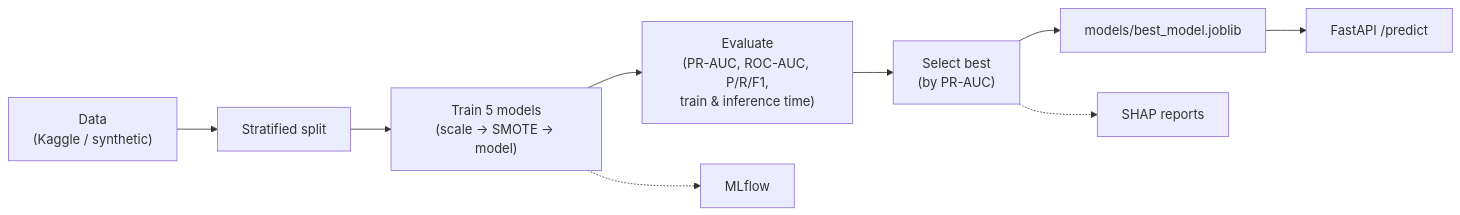
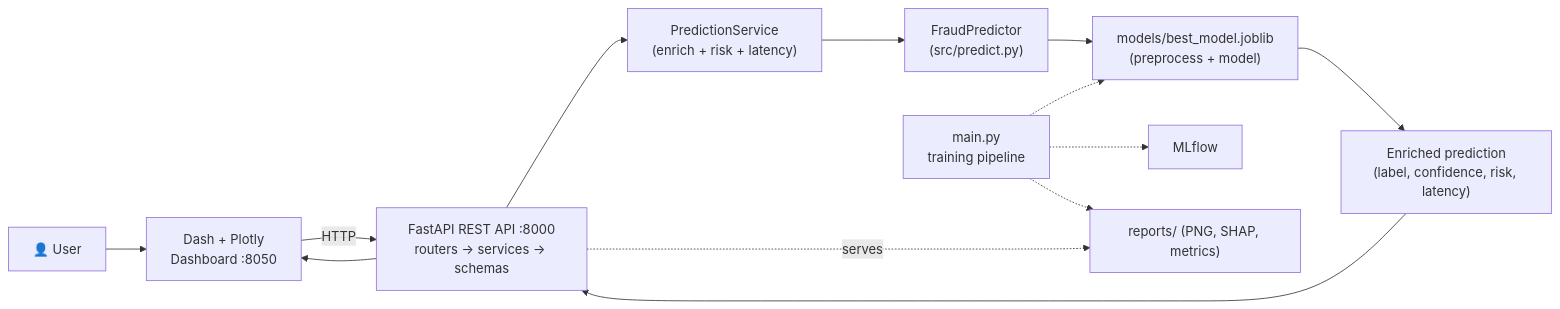
The diagram in README.md (MohdMudassirPasha/credit-card-fraud-detection), drawn with Mermaid before and after one commit. The commit also changed other lines of this file and 22 other files, not shown here.

Commit message:
Complete project documentation, dashboard, API and tests

````diff
--- a/README.md
+++ b/README.md
@@ -58,11 +49,14 @@
 ```mermaid
 flowchart LR
-    D["Data\n(Kaggle / synthetic)"] --> S["Stratified split"]
-    S --> T["Train 5 models\n(scale → SMOTE → model)"]
-    T --> E["Evaluate\n(PR-AUC, ROC-AUC, P/R/F1,\ntrain & inference time)"]
-    E --> B["Select best\n(by PR-AUC)"]
-    B --> M["models/best_model.joblib"]
-    M --> API["FastAPI /predict"]
-    T -.-> ML["MLflow"]
-    B -.-> SH["SHAP reports"]
+    U["👤 User"] --> DASH["Dash + Plotly\nDashboard :8050"]
+    DASH -->|HTTP| API["FastAPI REST API :8000\nrouters → services → schemas"]
+    API --> PS["PredictionService\n(enrich + risk + latency)"]
+    PS --> FP["FraudPredictor\n(src/predict.py)"]
+    FP --> M["models/best_model.joblib\n(preprocess + model)"]
+    M --> R["Enriched prediction\n(label, confidence, risk, latency)"]
+    R --> API --> DASH
+    TRAIN["main.py\ntraining pipeline"] -.-> M
+    TRAIN -.-> ML["MLflow"]
+    TRAIN -.-> REP["reports/ (PNG, SHAP, metrics)"]
+    API -. serves .-> REP
 ```
````
